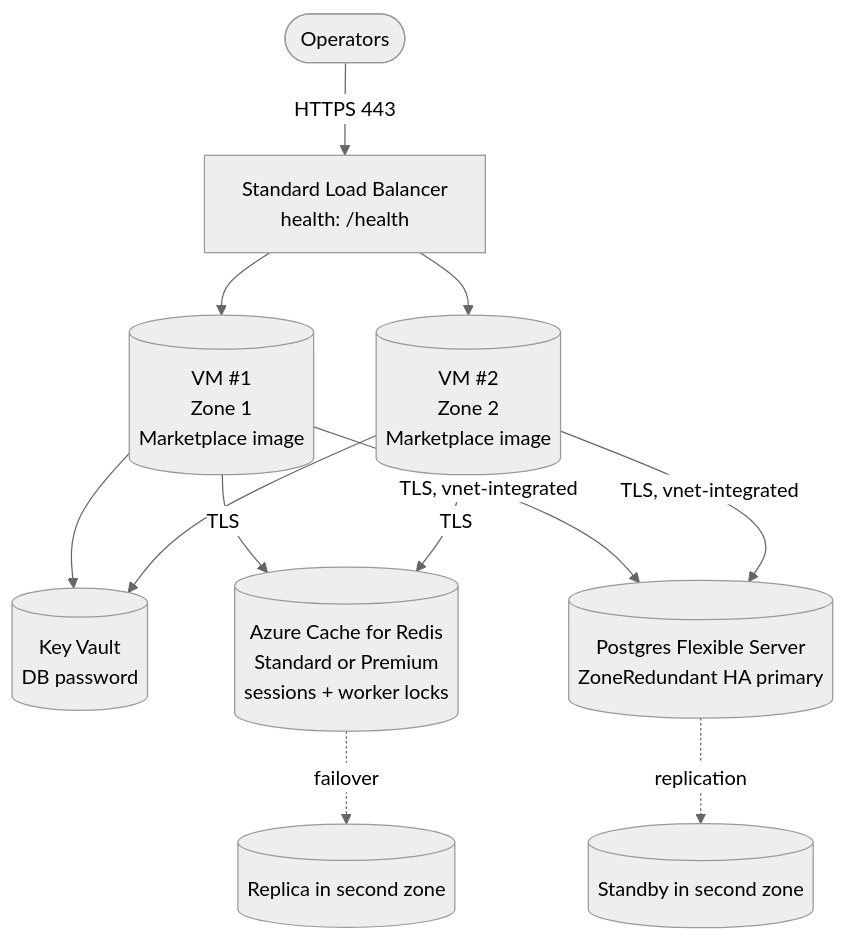
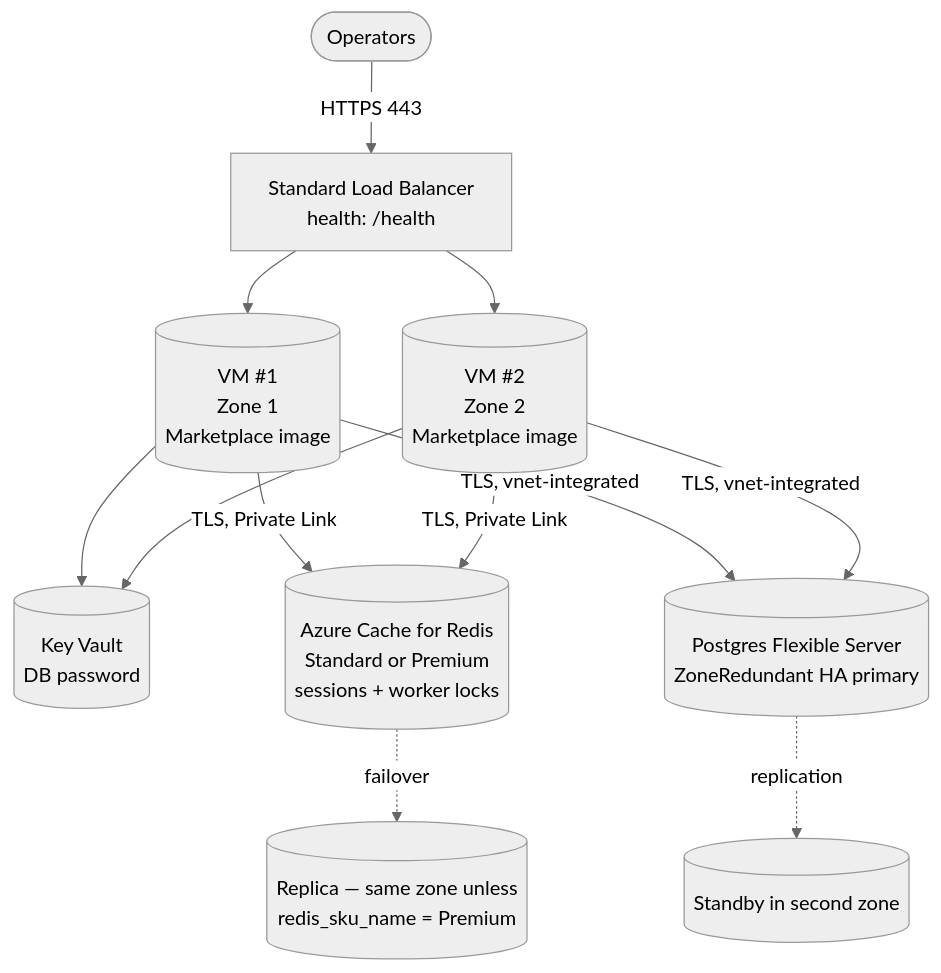
Before and after one commit to HailBytes/hailbytes-terraform-modules: the diagram in modules/ha-hot-hot/azure/README.md, drawn with Mermaid (neutral theme). The commit also changed other lines of this file and 4 other files, not shown here.

First line of the commit message:
fix(azure): unblock the pre-patch backup, correct the Redis zone-redundancy claim

````diff
--- a/modules/ha-hot-hot/azure/README.md
+++ b/modules/ha-hot-hot/azure/README.md
@@ -10,14 +10,14 @@
 ```mermaid
 flowchart TB
     User([Operators]) -->|HTTPS 443| LB[Standard Load Balancer<br/>health: /health]
     LB --> VM1[(VM #1<br/>Zone 1<br/>Marketplace image)]
     LB --> VM2[(VM #2<br/>Zone 2<br/>Marketplace image)]
     VM1 --> KV[(Key Vault<br/>DB password)]
     VM2 --> KV
-    VM1 -->|TLS| RC[(Azure Cache for Redis<br/>Standard or Premium<br/>sessions + worker locks)]
-    VM2 -->|TLS| RC
+    VM1 -->|TLS, Private Link| RC[(Azure Cache for Redis<br/>Standard or Premium<br/>sessions + worker locks)]
+    VM2 -->|TLS, Private Link| RC
     VM1 -->|TLS, vnet-integrated| PG[(Postgres Flexible Server<br/>ZoneRedundant HA primary)]
     VM2 -->|TLS, vnet-integrated| PG
     PG -.replication.-> PGS[(Standby in second zone)]
-    RC -.failover.-> RCS[(Replica in second zone)]
+    RC -.failover.-> RCS[(Replica — same zone unless<br/>redis_sku_name = Premium)]
 ```
````
